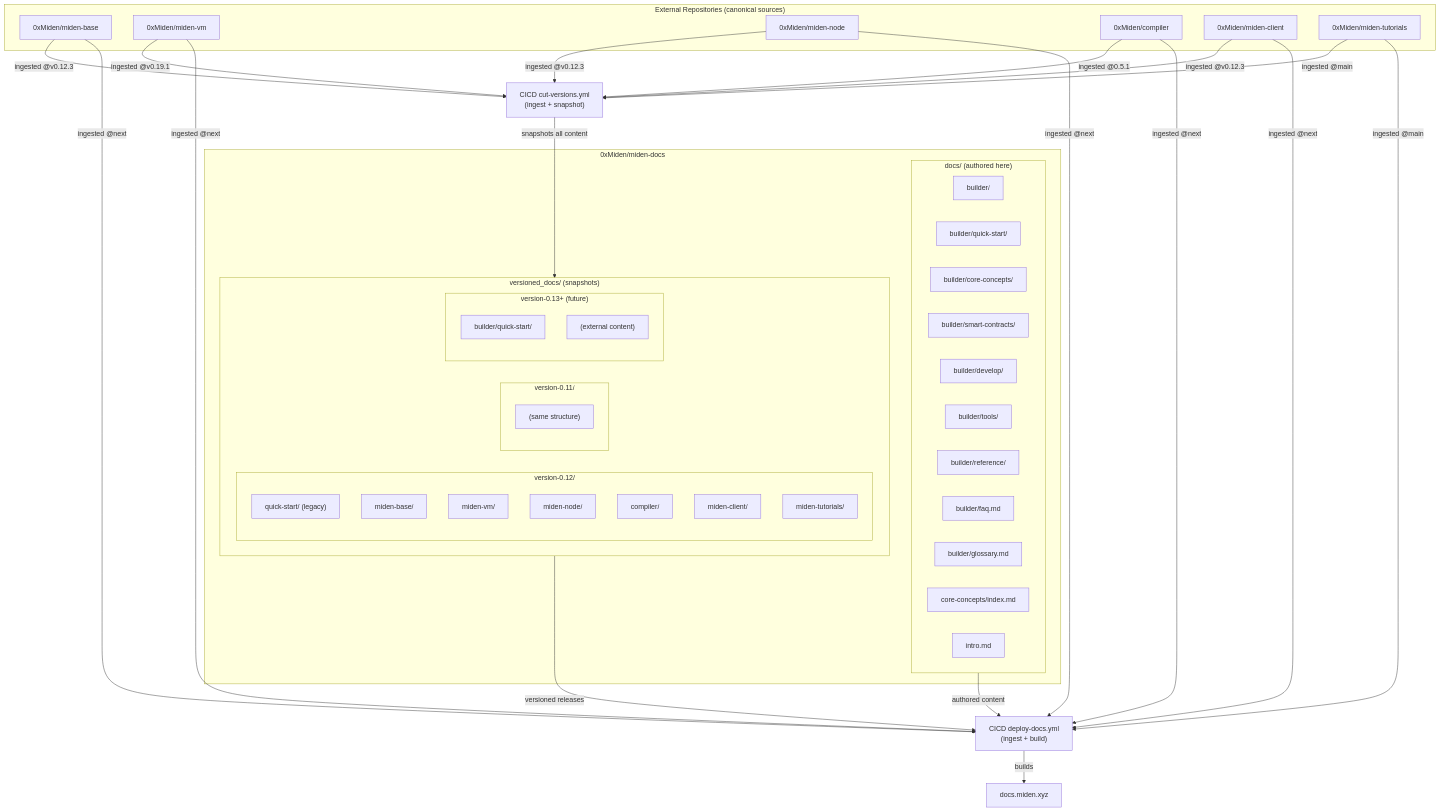
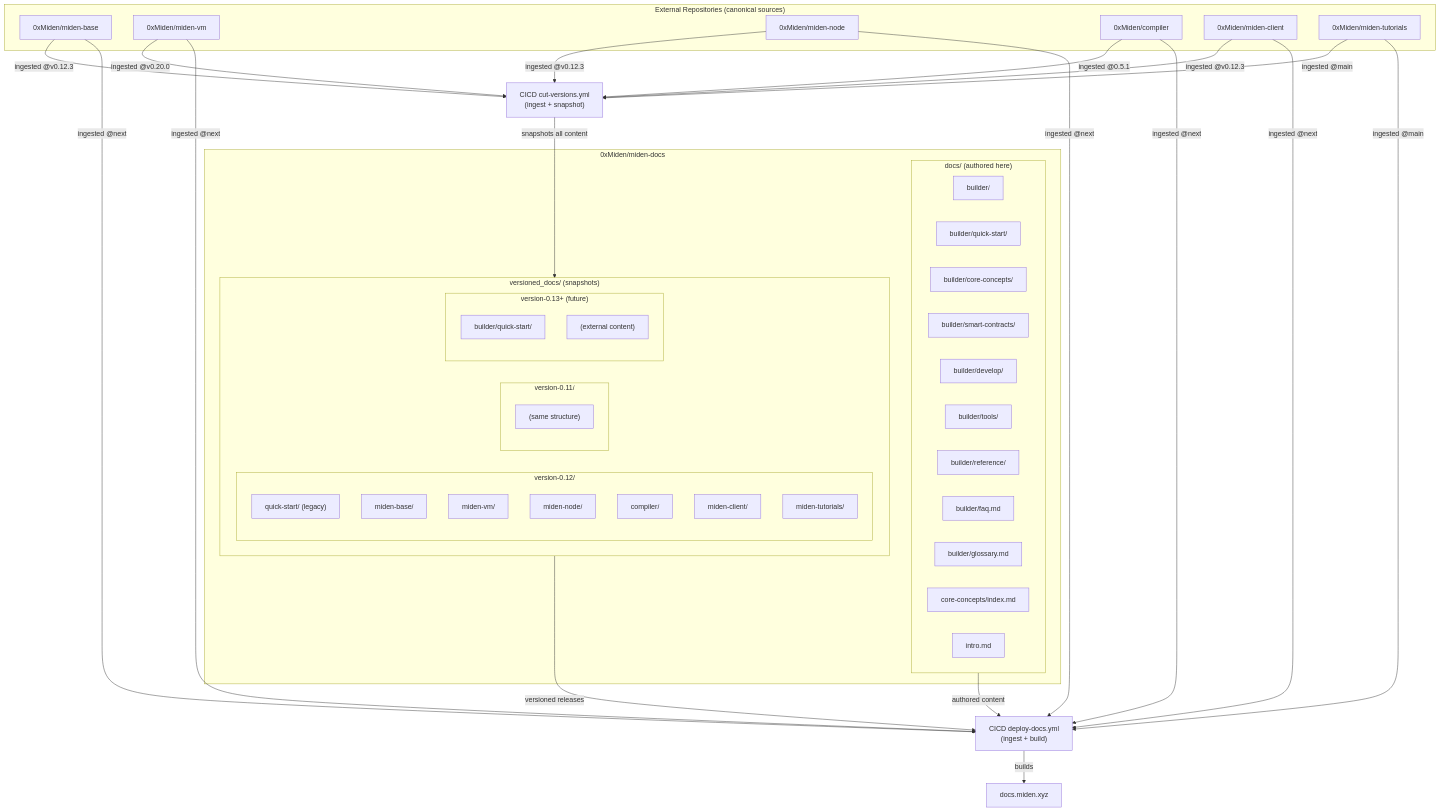
Before and after one commit to 0xMiden/miden-docs: the diagram in README.md, drawn with Mermaid.

Commit message:
docs: update stale miden-vm version in dependency diagram
The dependency diagram references miden-vm v0.19.1 but the release manifest example and latest release is v0.20.0. Updated for consistency.

````diff
--- a/README.md
+++ b/README.md
@@ -13,72 +13,72 @@
 ```mermaid
 flowchart TD
     subgraph ThisRepo["0xMiden/miden-docs"]
         subgraph DocsDir["docs/ (authored here)"]
             BuilderDir["builder/"]
             BuilderQS["builder/quick-start/"]
             BuilderCore["builder/core-concepts/"]
             BuilderSC["builder/smart-contracts/"]
             BuilderDev["builder/develop/"]
             BuilderTools["builder/tools/"]
             BuilderRef["builder/reference/"]
             BuilderFAQ["builder/faq.md"]
             BuilderGlossary["builder/glossary.md"]
             DesignLanding["core-concepts/index.md"]
             Intro["intro.md"]
         end
 
         subgraph VersionedDocs["versioned_docs/ (snapshots)"]
             subgraph V012["version-0.12/"]
                 V012QS["quick-start/ (legacy)"]
                 V012Base["miden-base/"]
                 V012VM["miden-vm/"]
                 V012Node["miden-node/"]
                 V012Compiler["compiler/"]
                 V012Client["miden-client/"]
                 V012Tutorials["miden-tutorials/"]
             end
             subgraph V011["version-0.11/"]
                 V011Content["(same structure)"]
             end
             subgraph VFuture["version-0.13+ (future)"]
                 VFutureBuilder["builder/quick-start/"]
                 VFutureExternal["(external content)"]
             end
         end
     end
 
     subgraph ExternalRepos["External Repositories (canonical sources)"]
         MidenBase["0xMiden/miden-base"]
         MidenVM["0xMiden/miden-vm"]
         MidenNode["0xMiden/miden-node"]
         Compiler["0xMiden/compiler"]
         MidenClient["0xMiden/miden-client"]
         MidenTutorials["0xMiden/miden-tutorials"]
     end
 
     CutVersions["CICD cut-versions.yml<br/>(ingest + snapshot)"]
     DeployDocs["CICD deploy-docs.yml<br/>(ingest + build)"]
 
     %% External repos feed into both workflows
     MidenBase -->|"ingested @v0.12.3"| CutVersions
-    MidenVM -->|"ingested @v0.19.1"| CutVersions
+    MidenVM -->|"ingested @v0.20.0"| CutVersions
     MidenNode -->|"ingested @v0.12.3"| CutVersions
     Compiler -->|"ingested @0.5.1"| CutVersions
     MidenClient -->|"ingested @v0.12.3"| CutVersions
     MidenTutorials -->|"ingested @main"| CutVersions
 
     MidenBase -->|"ingested @next"| DeployDocs
     MidenVM -->|"ingested @next"| DeployDocs
     MidenNode -->|"ingested @next"| DeployDocs
     Compiler -->|"ingested @next"| DeployDocs
     MidenClient -->|"ingested @next"| DeployDocs
     MidenTutorials -->|"ingested @main"| DeployDocs
 
     CutVersions -->|"snapshots all content"| VersionedDocs
 
     %% Deploy workflow uses authored + ingested + versioned
     DocsDir -->|"authored content"| DeployDocs
     VersionedDocs -->|"versioned releases"| DeployDocs
 
     DeployDocs -->|"builds"| Site["docs.miden.xyz"]
 ```
````
